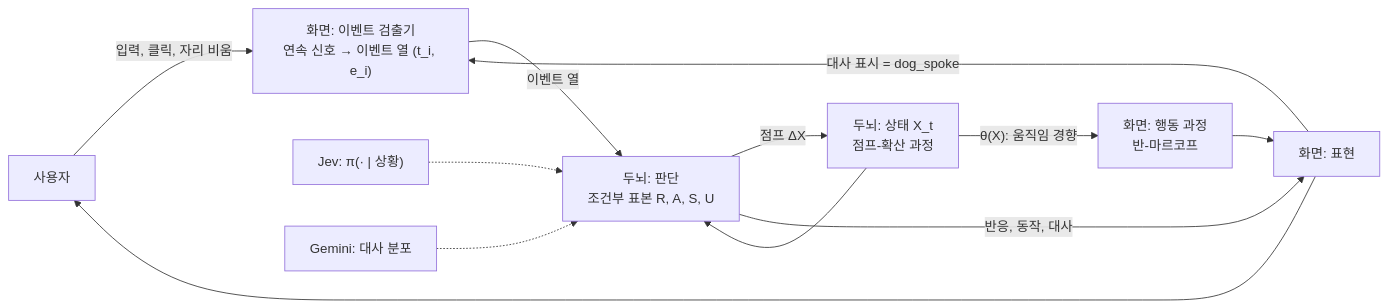
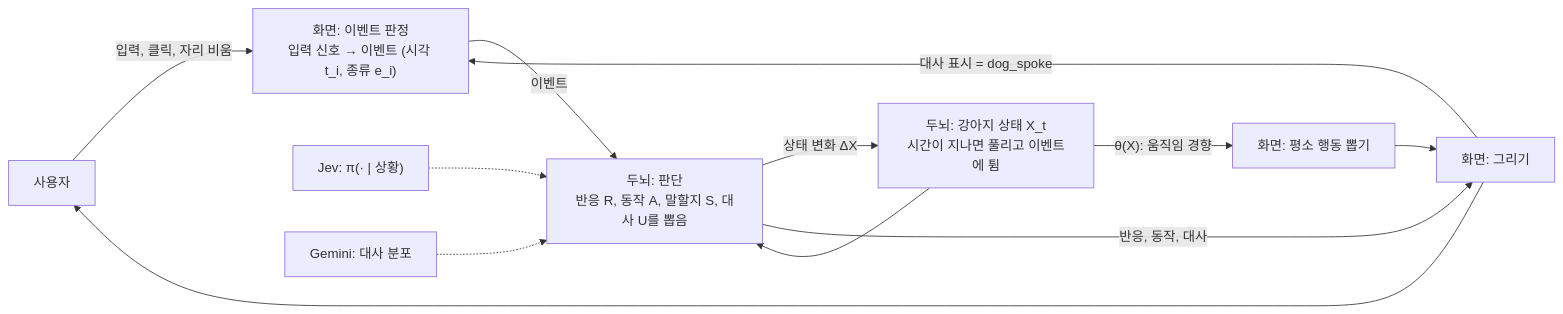
The second of 10 diagrams in ARCHITECTURE.md (HEOSEONGILml/AssistantChatBot), drawn with Mermaid before and after one commit. The commit also changed other lines of this file and 13 other files, not shown here.

````diff
--- a/ARCHITECTURE.md
+++ b/ARCHITECTURE.md
@@ -29,14 +29,14 @@
 ```mermaid
 flowchart LR
-  U["사용자"] -->|"입력, 클릭, 자리 비움"| DET["화면: 이벤트 검출기<br>연속 신호 → 이벤트 열 (t_i, e_i)"]
-  DET -->|"이벤트 열"| DEC["두뇌: 판단<br>조건부 표본 R, A, S, U"]
-  X["두뇌: 상태 X_t<br>점프-확산 과정"] --> DEC
-  DEC -->|"점프 ΔX"| X
+  U["사용자"] -->|"입력, 클릭, 자리 비움"| DET["화면: 이벤트 판정<br>입력 신호 → 이벤트 (시각 t_i, 종류 e_i)"]
+  DET -->|"이벤트"| DEC["두뇌: 판단<br>반응 R, 동작 A, 말할지 S, 대사 U를 뽑음"]
+  X["두뇌: 강아지 상태 X_t<br>시간이 지나면 풀리고 이벤트에 튐"] --> DEC
+  DEC -->|"상태 변화 ΔX"| X
   JEV["Jev: π(· | 상황)"] -.-> DEC
   GEM["Gemini: 대사 분포"] -.-> DEC
-  DEC -->|"반응, 동작, 대사"| OUT["화면: 표현"]
-  X -->|"θ(X): 움직임 경향"| BEH["화면: 행동 과정<br>반-마르코프"]
+  DEC -->|"반응, 동작, 대사"| OUT["화면: 그리기"]
+  X -->|"θ(X): 움직임 경향"| BEH["화면: 평소 행동 뽑기"]
   BEH --> OUT
   OUT --> U
   OUT -->|"대사 표시 = dog_spoke"| DET
 ```
````
